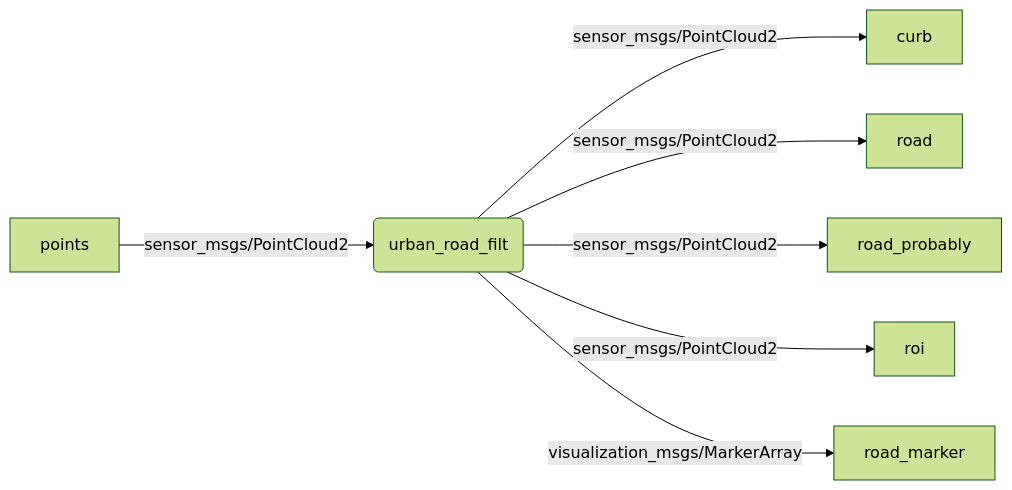
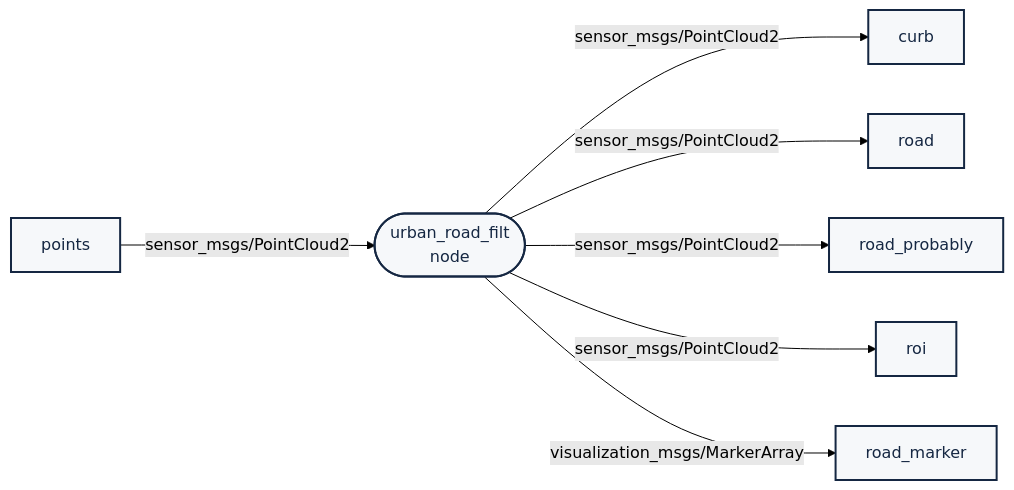
One commit to jkk-research/urban_road_filter changed the diagram in README.md. Above: the diagram before and after it, drawn with Mermaid (forest theme).

Commit message:
Updated mermaid diagram

````diff
--- a/README.md
+++ b/README.md
@@ -95,11 +95,18 @@
 ```mermaid
 flowchart LR
 
-P[points] -->|sensor_msgs/PointCloud2| U(urban_road_filt)
-U --> |sensor_msgs/PointCloud2| A[curb]
-U --> |sensor_msgs/PointCloud2| B[road] 
-U --> |sensor_msgs/PointCloud2| C[road_probably]
-U --> |sensor_msgs/PointCloud2| D[roi]
-U --> |visualization_msgs/MarkerArray| E[road_marker]
+P[points]:::gray -->|sensor_msgs/PointCloud2| U([urban_road_filt</br>node]):::gray
+U --> |sensor_msgs/PointCloud2| A[curb]:::gray
+U --> |sensor_msgs/PointCloud2| B[road]:::gray 
+U --> |sensor_msgs/PointCloud2| C[road_probably]:::gray
+U --> |sensor_msgs/PointCloud2| D[roi]:::gray
+U --> |visualization_msgs/MarkerArray| E[road_marker]:::gray
+
+
+classDef light fill:#34aec5,stroke:#152742,stroke-width:2px,color:#152742  
+classDef dark fill:#152742,stroke:#34aec5,stroke-width:2px,color:#34aec5
+classDef white fill:#ffffff,stroke:#152742,stroke-width:2px,color:#152742
+classDef gray fill:#f6f8fa,stroke:#152742,stroke-width:2px,color:#152742
+classDef red fill:#ef4638,stroke:#152742,stroke-width:2px,color:#fff
 
 ```
````
